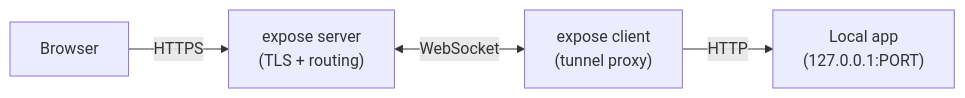
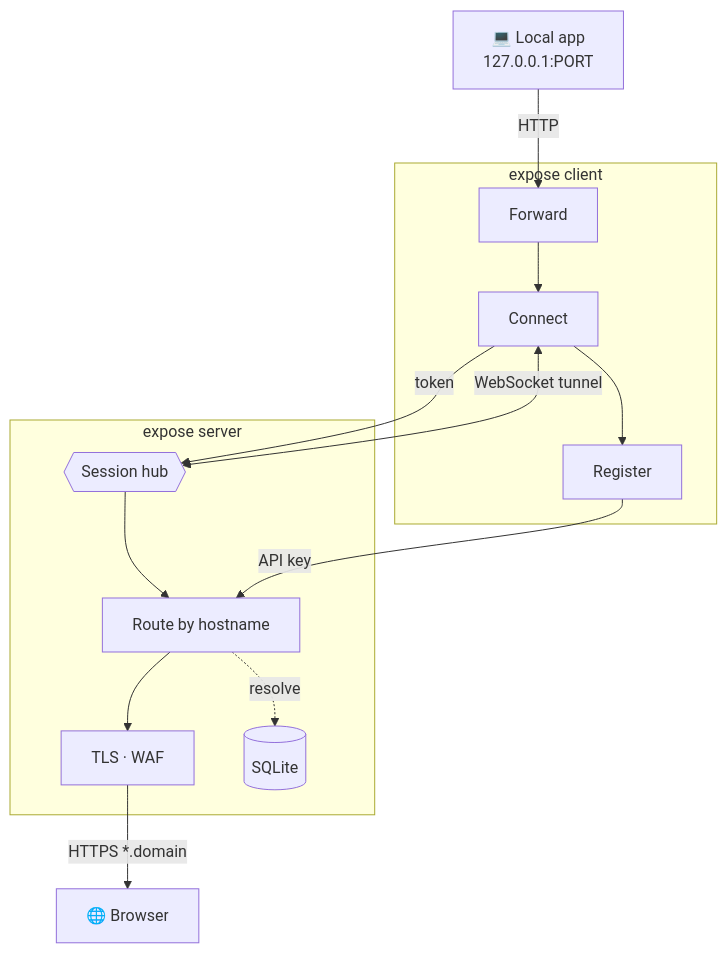
Before and after one commit to koltyakov/expose: the diagram in README.md, drawn with Mermaid. The commit also changed other lines of this file and 1 other file, not shown here.

Commit message:
feat: update architecture diagram and enhance request lifecycle details in README

````diff
--- a/README.md
+++ b/README.md
@@ -21,6 +21,26 @@
 ```mermaid
-flowchart LR
-    A["Browser"] -- HTTPS --> B["expose server<br/>(TLS + routing)"]
-    B -- WebSocket <--> C["expose client<br/>(tunnel proxy)"]
-    C -- HTTP --> D["Local app<br/>(127.0.0.1:PORT)"]
+flowchart TB
+    App["💻 Local app<br/>127.0.0.1:PORT"]
+
+    subgraph client["expose client"]
+        Fwd["Forward"] --> Conn["Connect"] --> Reg["Register"]
+    end
+
+    subgraph server["expose server"]
+        Hub{{"Session hub"}}
+        Route["Route by hostname"]
+        TLS["TLS · WAF"]
+        DB[("SQLite")]
+
+        Hub --> Route --> TLS
+        Route -. resolve .-> DB
+    end
+
+    Browser["🌐 Browser"]
+
+    App -- "HTTP" --> Fwd
+    Hub <-- "WebSocket tunnel" --> Conn
+    Conn -- "token" --> Hub
+    Reg -- "API key" --> Route
+    TLS -- "HTTPS *.domain" --> Browser
 ```
````
